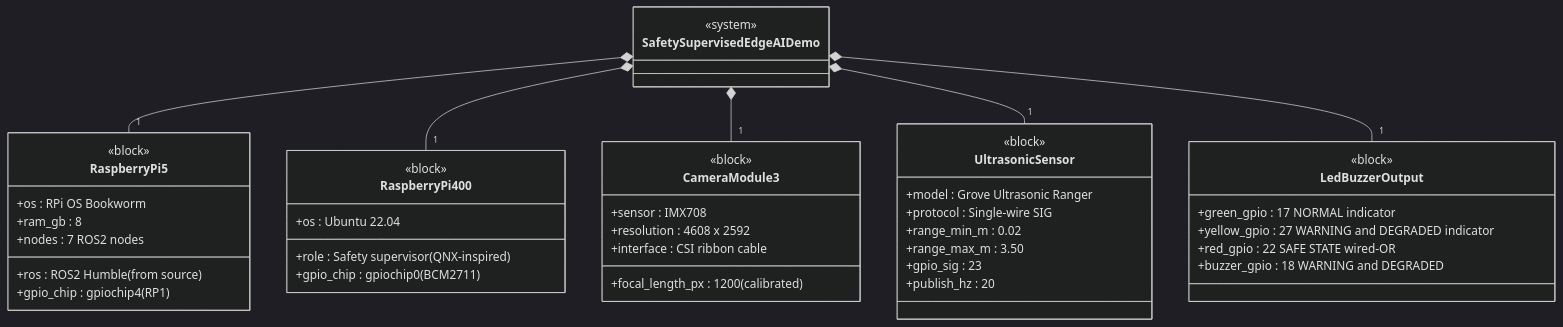
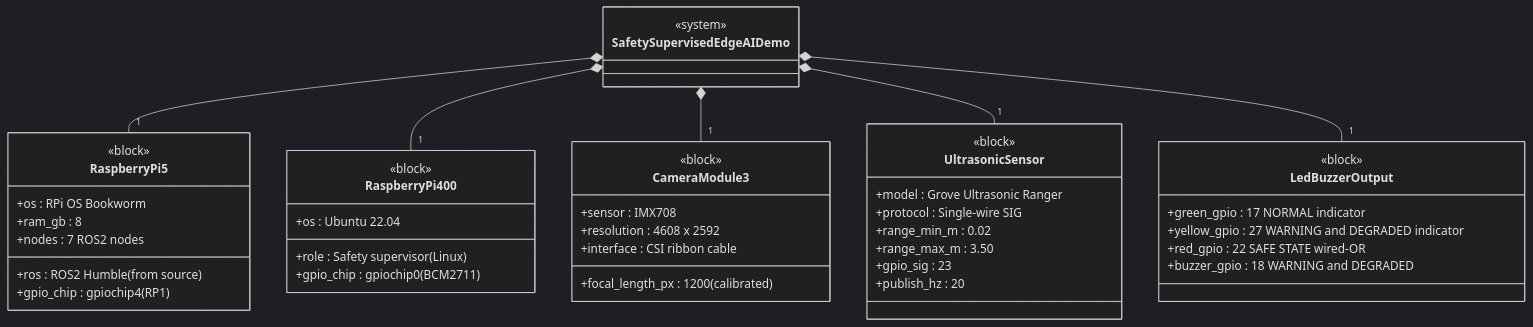
Before and after one commit to tipou82/safety-supervised-edge-ai-demo: the first of 11 diagrams in docs/sysml/architecture_diagrams.md, drawn with Mermaid (dark theme). The commit also changed other lines of this file and 19 other files, not shown here.

````diff
--- a/docs/sysml/architecture_diagrams.md
+++ b/docs/sysml/architecture_diagrams.md
@@ -16,56 +16,56 @@
 ```mermaid
 classDiagram
     direction TB
 
     class SafetySupervisedEdgeAIDemo {
         <<system>>
     }
 
     class RaspberryPi5 {
         <<block>>
         +os : RPi OS Bookworm
         +ros : ROS2 Humble (from source)
         +ram_gb : 8
         +gpio_chip : gpiochip4 (RP1)
         +nodes : 7 ROS2 nodes
     }
 
     class RaspberryPi400 {
         <<block>>
         +os : Ubuntu 22.04
-        +role : Safety supervisor (QNX-inspired)
+        +role : Safety supervisor (Linux)
         +gpio_chip : gpiochip0 (BCM2711)
     }
 
     class CameraModule3 {
         <<block>>
         +sensor : IMX708
         +resolution : 4608 x 2592
         +interface : CSI ribbon cable
         +focal_length_px : 1200 (calibrated)
     }
 
     class UltrasonicSensor {
         <<block>>
         +model : Grove Ultrasonic Ranger
         +protocol : Single-wire SIG
         +range_min_m : 0.02
         +range_max_m : 3.50
         +gpio_sig : 23
         +publish_hz : 20
     }
 
     class LedBuzzerOutput {
         <<block>>
         +green_gpio : 17  NORMAL indicator
         +yellow_gpio : 27 WARNING and DEGRADED indicator
         +red_gpio : 22    SAFE STATE wired-OR
         +buzzer_gpio : 18 WARNING and DEGRADED
     }
 
     SafetySupervisedEdgeAIDemo *-- "1" RaspberryPi5
     SafetySupervisedEdgeAIDemo *-- "1" RaspberryPi400
     SafetySupervisedEdgeAIDemo *-- "1" CameraModule3
     SafetySupervisedEdgeAIDemo *-- "1" UltrasonicSensor
     SafetySupervisedEdgeAIDemo *-- "1" LedBuzzerOutput
 ```
````
